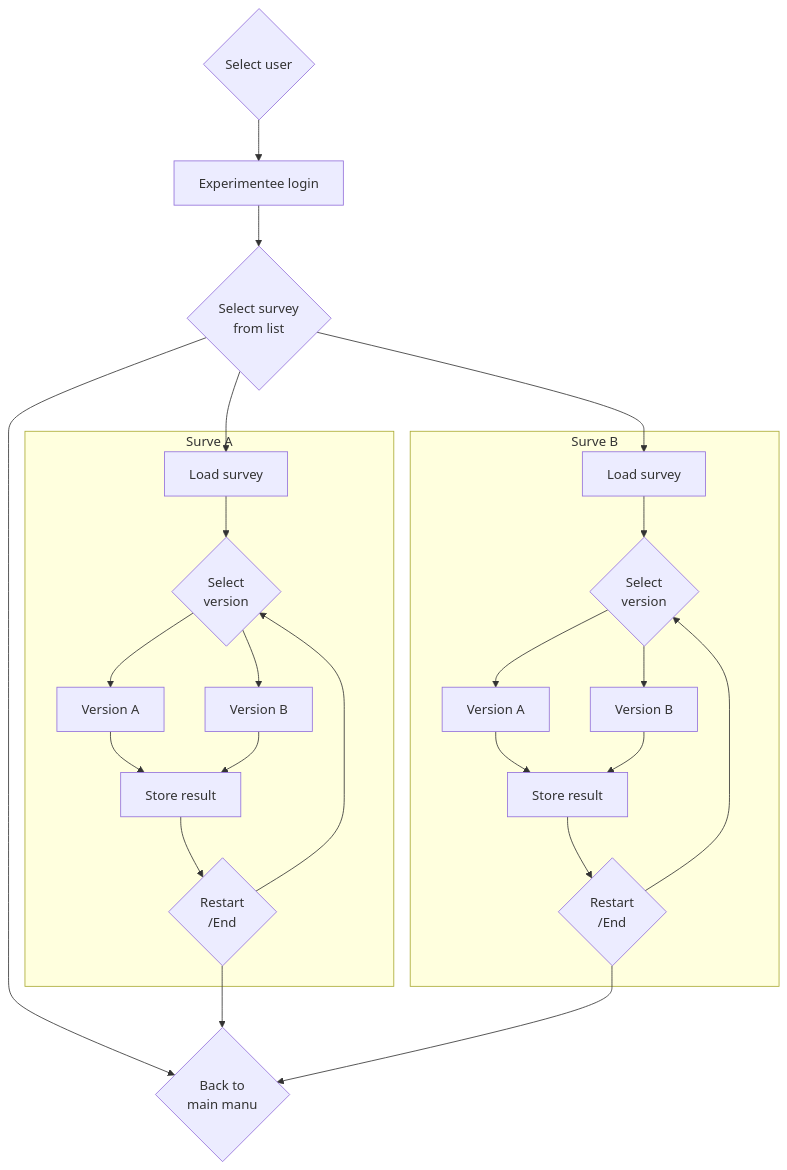
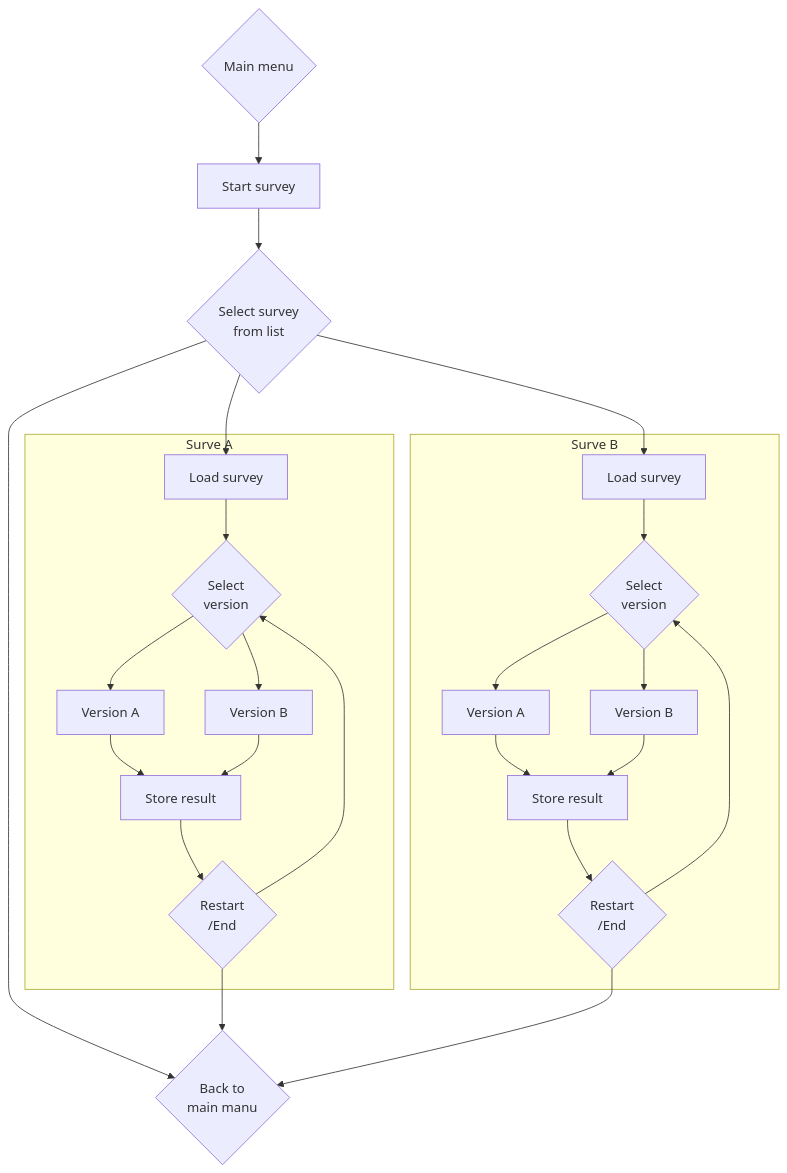
Before and after one commit to jonasreholt/SEA: the diagram in UML/activity_diagrams/fc_run_experiment_experimentee.md, drawn with Mermaid.

Commit message:
renamed states in run_experiments

````diff
--- a/UML/activity_diagrams/fc_run_experiment_experimentee.md
+++ b/UML/activity_diagrams/fc_run_experiment_experimentee.md
@@ -1,28 +1,28 @@
 ```mermaid
 flowchart TD
-    Start{Select user} -->A1[Experimentee login]
+    Start{Main menu} -->A1[Start survey]
     A1 --> A11{Select survey\n from list}
     A11 --> A12{Back to \n main manu}
     subgraph Surve A
     B1Start --> B1{Select \nversion}
     B1 --> B1.1[Version A]
     B1 --> B1.2[Version B]
     B1.1 --> B1Done[Store result]    
     B1.2 --> B1Done
     B1Done --> B1Final{Restart\n/End}    
     B1Final --> B1
     end
     B1Final --> A12
     A11 --> B2Start[Load survey]    
     subgraph Surve B
     B2Start --> B2{Select \nversion}
     B2 --> B2.1[Version A]
     B2 --> B2.2[Version B]
     B2.1 --> B2Done[Store result]    
     B2.2 --> B2Done
     B2Done --> B2Final{Restart\n/End}   
     B2Final --> B2       
     end    
     A11 --> B1Start[Load survey]
     B2Final --> A12
 ```
````
